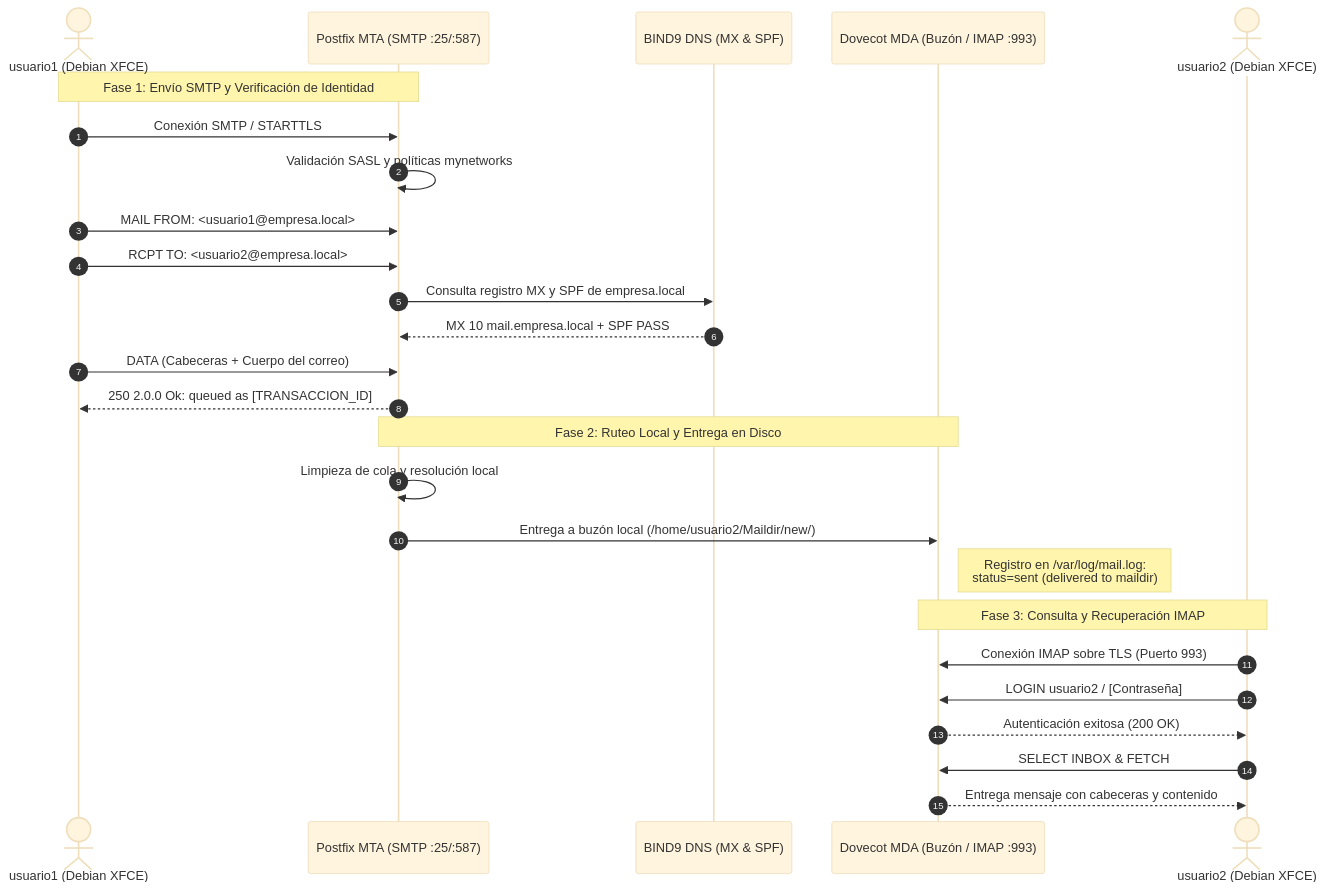
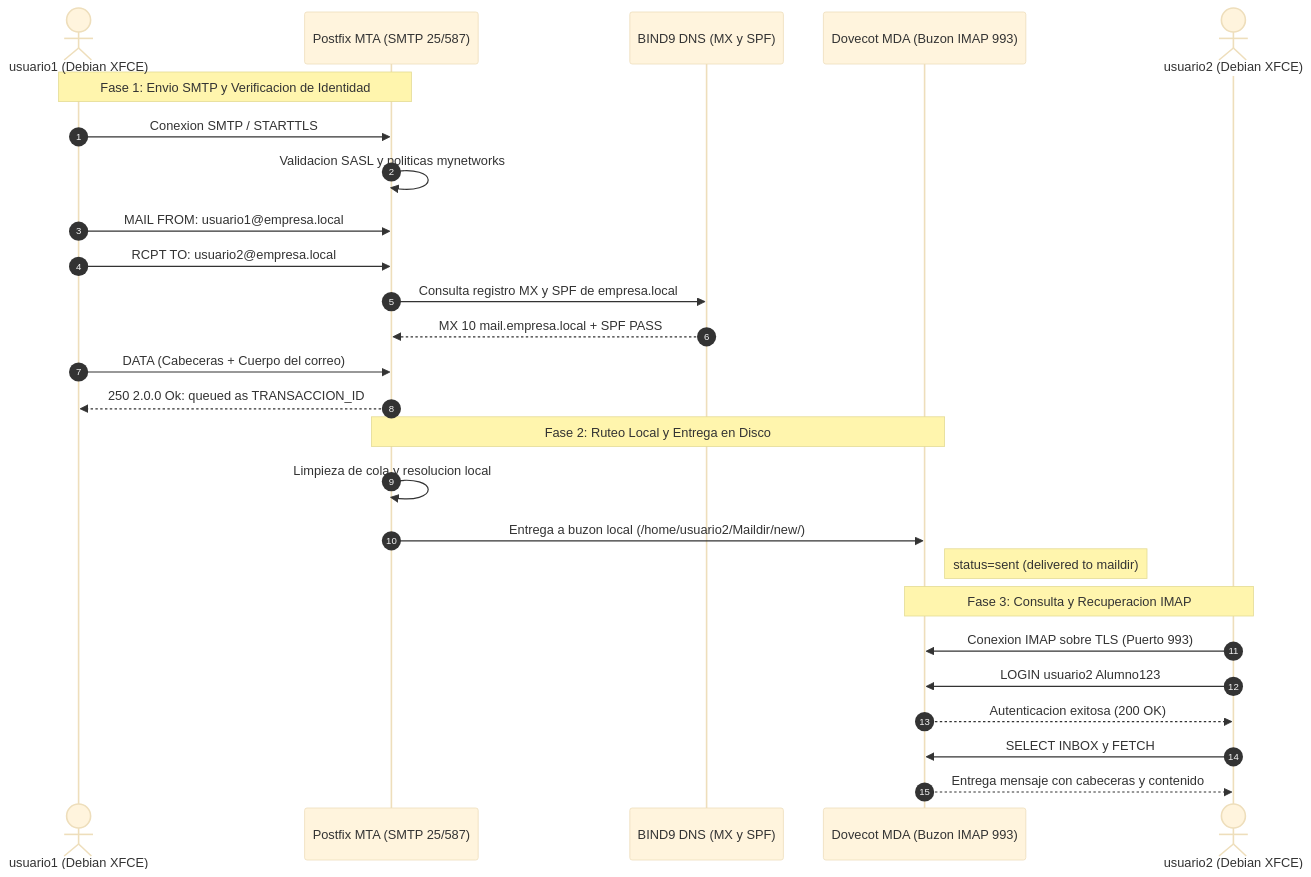
One commit to Gabriel89zz/Administracion-De-Servidores-U4 changed the diagram in Unidad_4/Tarea_4.3/REPORTE_TECNICO.md. Above: the diagram before and after it, drawn with Mermaid (base theme). The commit also changed other lines of this file and 34 other files, not shown here.

Commit message:
docs(reportes): fix mermaid syntax across all guides and embed all evidence images into technical reports

````diff
--- a/Unidad_4/Tarea_4.3/REPORTE_TECNICO.md
+++ b/Unidad_4/Tarea_4.3/REPORTE_TECNICO.md
@@ -28,31 +28,31 @@
 ```mermaid
 sequenceDiagram
     autonumber
     actor Remitente as usuario1 (Debian XFCE)
-    participant Postfix as Postfix MTA (SMTP :25/:587)
-    participant DNS as BIND9 DNS (MX & SPF)
-    participant Dovecot as Dovecot MDA (Buzón / IMAP :993)
+    participant Postfix as Postfix MTA (SMTP 25/587)
+    participant DNS as BIND9 DNS (MX y SPF)
+    participant Dovecot as Dovecot MDA (Buzon IMAP 993)
     actor Destinatario as usuario2 (Debian XFCE)
 
-    Note over Remitente,Postfix: Fase 1: Envío SMTP y Verificación de Identidad
-    Remitente->>Postfix: Conexión SMTP / STARTTLS
-    Postfix->>Postfix: Validación SASL y políticas mynetworks
-    Remitente->>Postfix: MAIL FROM: <usuario1@empresa.local>
-    Remitente->>Postfix: RCPT TO: <usuario2@empresa.local>
+    Note over Remitente,Postfix: Fase 1: Envio SMTP y Verificacion de Identidad
+    Remitente->>Postfix: Conexion SMTP / STARTTLS
+    Postfix->>Postfix: Validacion SASL y politicas mynetworks
+    Remitente->>Postfix: MAIL FROM: usuario1@empresa.local
+    Remitente->>Postfix: RCPT TO: usuario2@empresa.local
     Postfix->>DNS: Consulta registro MX y SPF de empresa.local
     DNS-->>Postfix: MX 10 mail.empresa.local + SPF PASS
     Remitente->>Postfix: DATA (Cabeceras + Cuerpo del correo)
-    Postfix-->>Remitente: 250 2.0.0 Ok: queued as [TRANSACCION_ID]
+    Postfix-->>Remitente: 250 2.0.0 Ok: queued as TRANSACCION_ID
 
     Note over Postfix,Dovecot: Fase 2: Ruteo Local y Entrega en Disco
-    Postfix->>Postfix: Limpieza de cola y resolución local
-    Postfix->>Dovecot: Entrega a buzón local (/home/usuario2/Maildir/new/)
-    Note right of Dovecot: Registro en /var/log/mail.log:<br/>status=sent (delivered to maildir)
+    Postfix->>Postfix: Limpieza de cola y resolucion local
+    Postfix->>Dovecot: Entrega a buzon local (/home/usuario2/Maildir/new/)
+    Note right of Dovecot: status=sent (delivered to maildir)
 
-    Note over Destinatario,Dovecot: Fase 3: Consulta y Recuperación IMAP
-    Destinatario->>Dovecot: Conexión IMAP sobre TLS (Puerto 993)
-    Destinatario->>Dovecot: LOGIN usuario2 / [Contraseña]
-    Dovecot-->>Destinatario: Autenticación exitosa (200 OK)
-    Destinatario->>Dovecot: SELECT INBOX & FETCH
+    Note over Destinatario,Dovecot: Fase 3: Consulta y Recuperacion IMAP
+    Destinatario->>Dovecot: Conexion IMAP sobre TLS (Puerto 993)
+    Destinatario->>Dovecot: LOGIN usuario2 Alumno123
+    Dovecot-->>Destinatario: Autenticacion exitosa (200 OK)
+    Destinatario->>Dovecot: SELECT INBOX y FETCH
     Dovecot-->>Destinatario: Entrega mensaje con cabeceras y contenido
 ```
````
